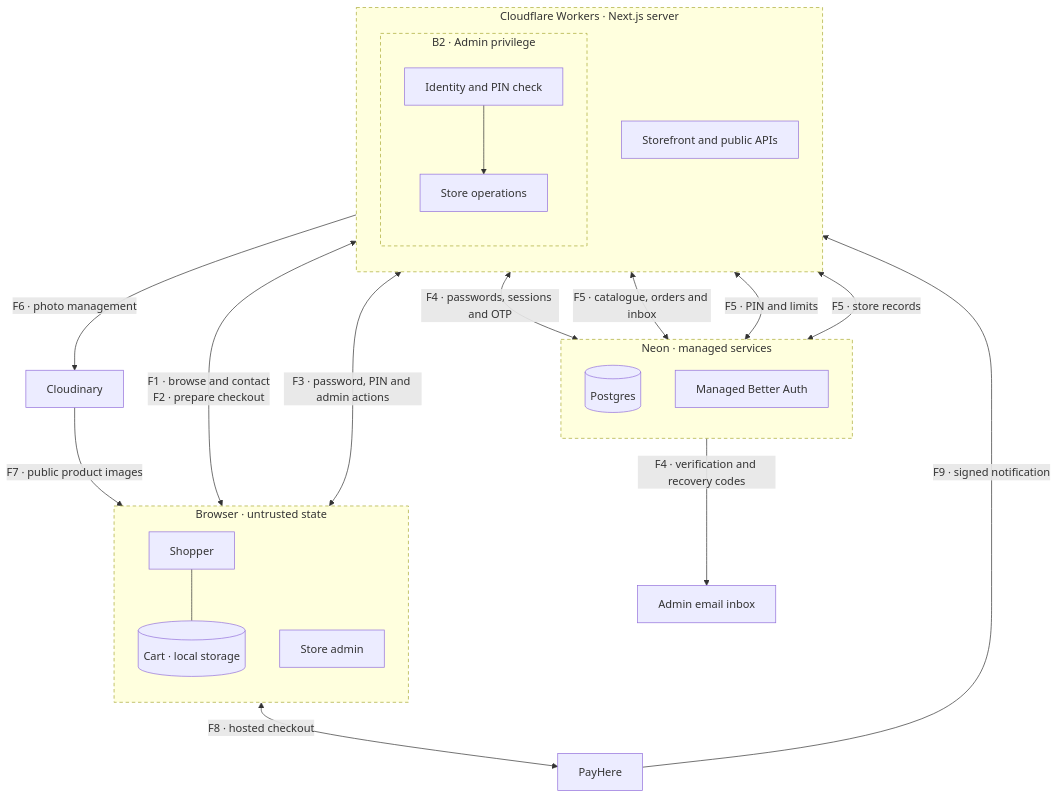
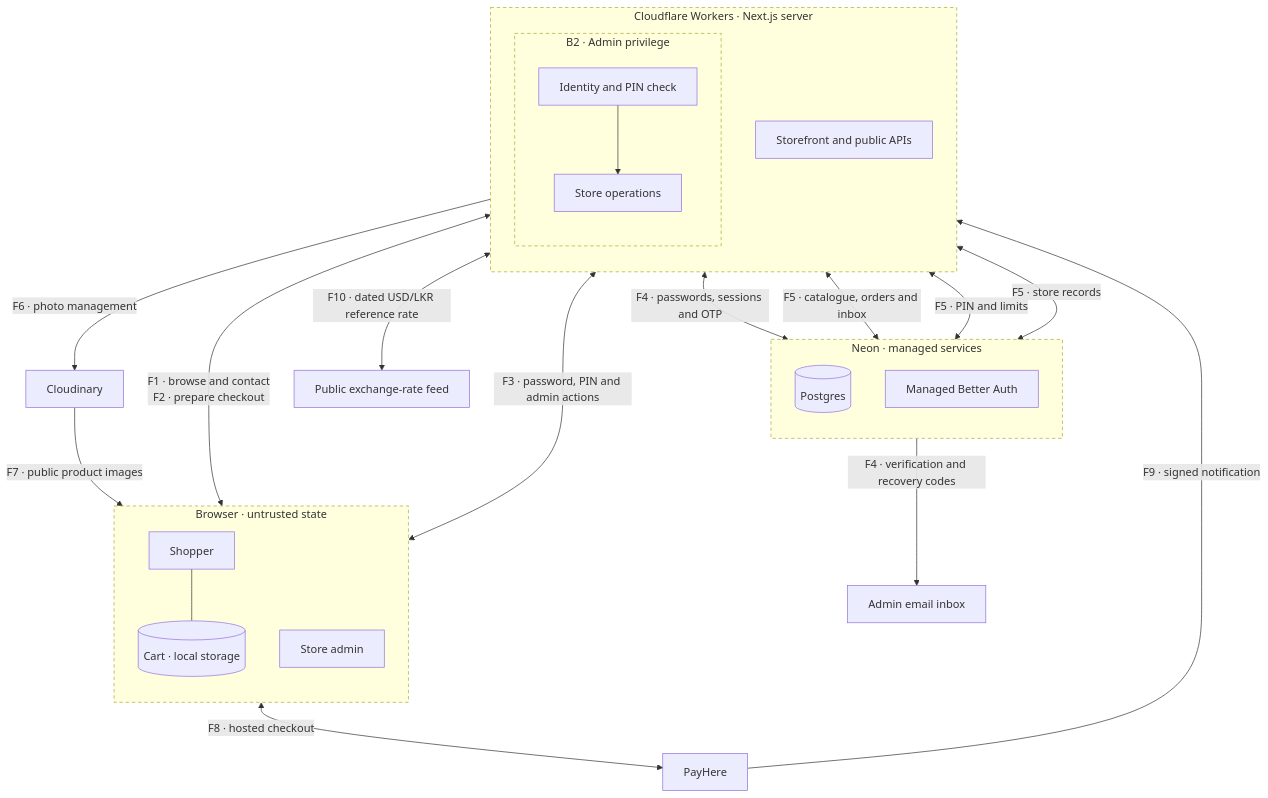
One commit to deshandinidu2001/vault-and-vein-phase-1 changed the diagram in docs/security/trust-boundaries.md. Above: the diagram before and after it, drawn with Mermaid. The commit also changed other lines of this file and 21 other files, not shown here.

Commit message:
feat: implement availability status for products and integrate USD exchange rate functionality

````diff
--- a/docs/security/trust-boundaries.md
+++ b/docs/security/trust-boundaries.md
@@ -5,49 +5,51 @@
 ```mermaid
 flowchart TB
     subgraph CLIENT["Browser · untrusted state"]
         direction TB
         BUYER["Shopper"]
         CART[("Cart · local storage")]
         OPERATOR["Store admin"]
         BUYER --- CART
     end
 
     subgraph APP["Cloudflare Workers · Next.js server"]
         direction TB
         PUBLIC["Storefront and public APIs"]
 
         subgraph PRIV["B2 · Admin privilege"]
             direction TB
             AUTH["Identity and PIN check"]
             ADMIN["Store operations"]
             AUTH --> ADMIN
         end
     end
 
     subgraph NEON["Neon · managed services"]
         direction TB
         DB[("Postgres")]
         NEONAUTH["Managed Better Auth"]
     end
 
     MAIL["Admin email inbox"]
     CLOUDINARY["Cloudinary"]
     PAYHERE["PayHere"]
+    RATES["Public exchange-rate feed"]
 
     BUYER <-->|"F1 · browse and contact<br/>F2 · prepare checkout"| PUBLIC
     OPERATOR <-->|"F3 · password, PIN and admin actions"| AUTH
     AUTH <-->|"F4 · passwords, sessions and OTP"| NEONAUTH
     NEONAUTH -->|"F4 · verification and recovery codes"| MAIL
     PUBLIC <-->|"F5 · catalogue, orders and inbox"| DB
     AUTH <-->|"F5 · PIN and limits"| DB
     ADMIN <-->|"F5 · store records"| DB
     ADMIN -->|"F6 · photo management"| CLOUDINARY
     CLOUDINARY -->|"F7 · public product images"| BUYER
     BUYER <-->|"F8 · hosted checkout"| PAYHERE
     PAYHERE -->|"F9 · signed notification"| PUBLIC
+    PUBLIC <-->|"F10 · dated USD/LKR reference rate"| RATES
 
     style CLIENT stroke-dasharray: 5 4
     style APP stroke-dasharray: 5 4
     style PRIV stroke-dasharray: 5 4
     style NEON stroke-dasharray: 5 4
 ```
````
